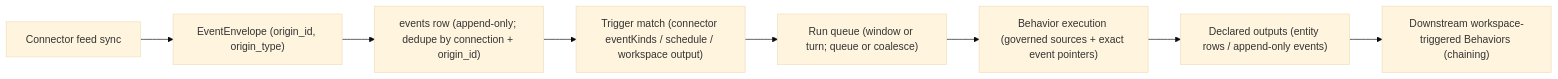
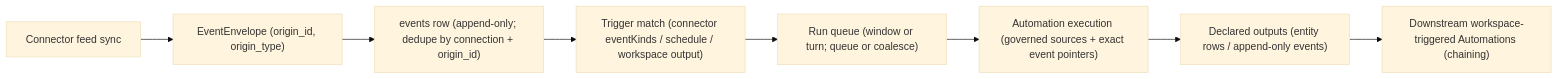
Before and after one commit to buremba/peerbot: the diagram in docs/CONCEPTS.md, drawn with Mermaid (base theme). The commit also changed other lines of this file and 840 other files, not shown here.

````diff
--- a/docs/CONCEPTS.md
+++ b/docs/CONCEPTS.md
@@ -36,10 +36,10 @@
 ```mermaid
 flowchart LR
   A["Connector feed sync"] --> B["EventEnvelope (origin_id, origin_type)"]
   B --> C["events row (append-only; dedupe by connection + origin_id)"]
   C --> D["Trigger match (connector eventKinds / schedule / workspace output)"]
   D --> E["Run queue (window or turn; queue or coalesce)"]
-  E --> F["Behavior execution (governed sources + exact event pointers)"]
+  E --> F["Automation execution (governed sources + exact event pointers)"]
   F --> G["Declared outputs (entity rows / append-only events)"]
-  G --> H["Downstream workspace-triggered Behaviors (chaining)"]
+  G --> H["Downstream workspace-triggered Automations (chaining)"]
 ```
````
